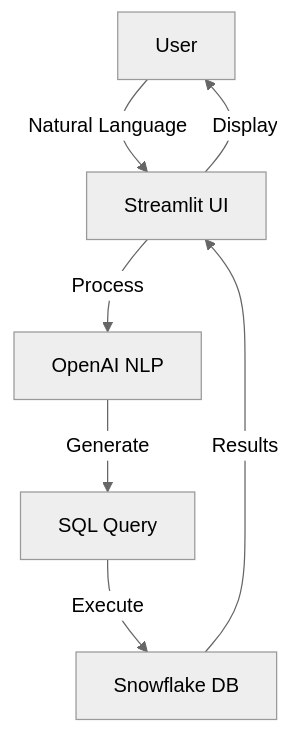
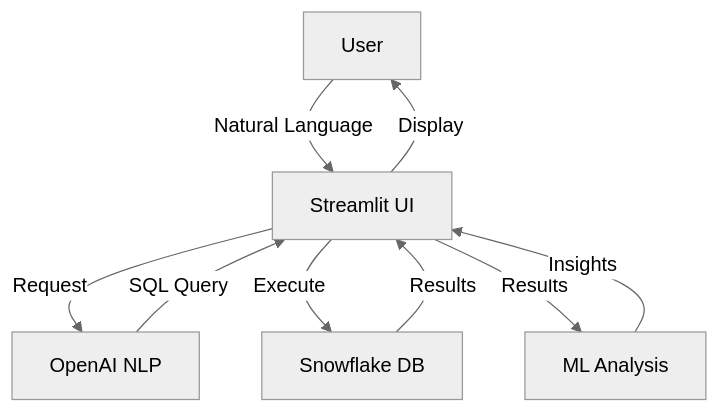
One commit to mikhil-code/agent-ai changed the first of 4 diagrams in snowflake_ai/SPEC.md. Above: the diagram before and after it, drawn with Mermaid (neutral theme). The commit also changed other lines of this file, not shown here.

````diff
--- a/snowflake_ai/SPEC.md
+++ b/snowflake_ai/SPEC.md
@@ -5,9 +5,11 @@
 ```mermaid
 graph TB
     User[User] --> |Natural Language| UI[Streamlit UI]
-    UI --> |Process| NLP[OpenAI NLP]
-    NLP --> |Generate| SQL[SQL Query]
-    SQL --> |Execute| SF[Snowflake DB]
-    SF --> |Results| UI
+    UI --> |Request| NLP[OpenAI NLP]
+    UI --> |Execute| DB[Snowflake DB]
+    NLP --> |SQL Query| UI
+    DB --> |Results| UI
+    UI --> |Results| ML[ML Analysis]
+    ML --> |Insights| UI
     UI --> |Display| User
 ```
````
